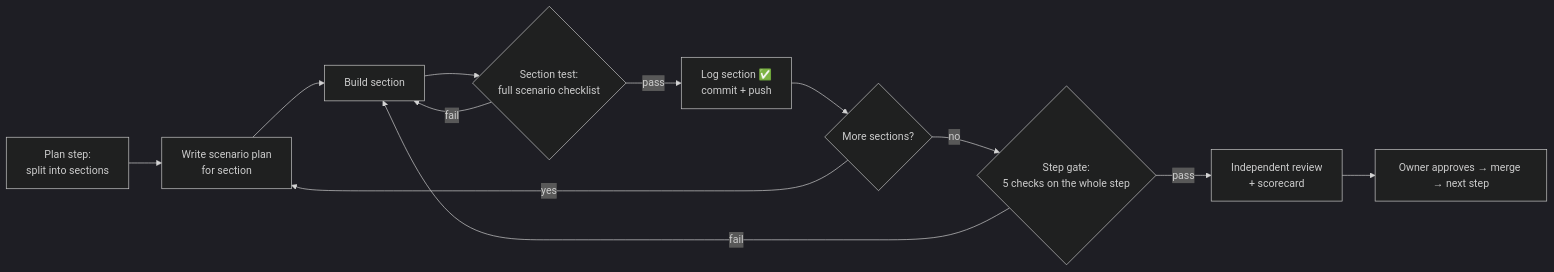
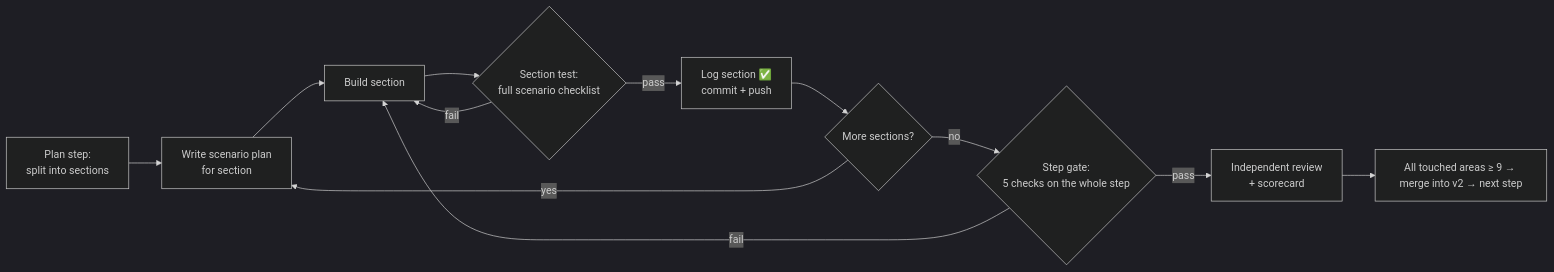
Before and after one commit to Husky1711/fastapi-user-management: the diagram in docs/milestones/README.md, drawn with Mermaid (dark theme). The commit also changed other lines of this file and 22 other files, not shown here.

````diff
--- a/docs/milestones/README.md
+++ b/docs/milestones/README.md
@@ -11,14 +11,14 @@
 ```mermaid
 flowchart LR
     A[Plan step:<br/>split into sections] --> B[Write scenario plan<br/>for section]
     B --> C[Build section]
     C --> D{Section test:<br/>full scenario checklist}
     D -- fail --> C
     D -- pass --> E[Log section ✅<br/>commit + push]
     E --> F{More sections?}
     F -- yes --> B
     F -- no --> G{Step gate:<br/>5 checks on the whole step}
     G -- fail --> C
     G -- pass --> H[Independent review<br/>+ scorecard]
-    H --> I[Owner approves → merge → next step]
+    H --> I[All touched areas ≥ 9 → merge into v2 → next step]
 ```
````
